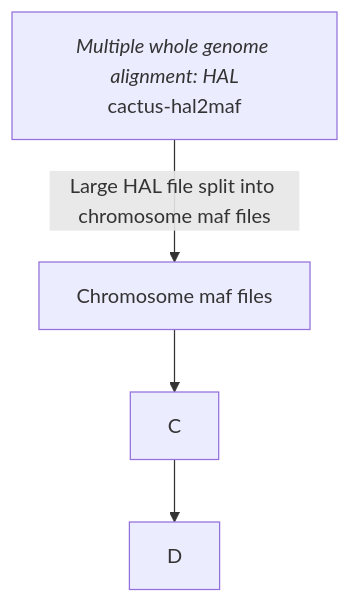
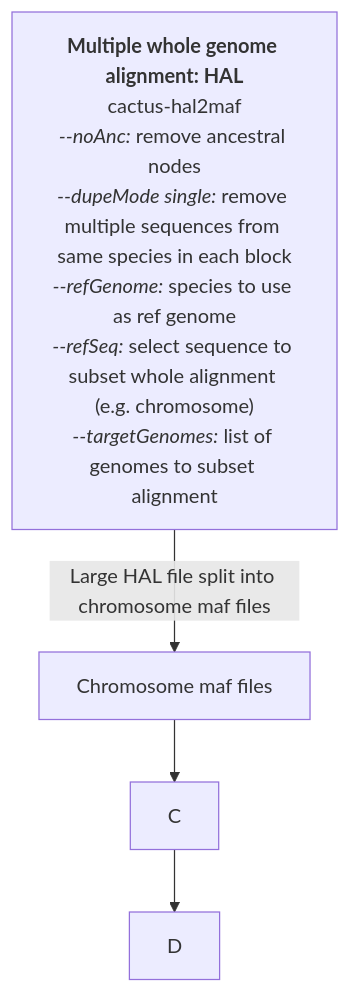
Before and after one commit to mileswhedbee/RERconverge_pipeline: the diagram in README.md, drawn with Mermaid.

````diff
--- a/README.md
+++ b/README.md
@@ -6,7 +6,12 @@
 ```mermaid
 graph TD;
-    A["`_Multiple whole genome alignment: HAL_
-       cactus-hal2maf`"]--Large HAL file split into chromosome maf files-->B[Chromosome maf files];
+    A["`**Multiple whole genome alignment: HAL**
+       cactus-hal2maf
+       _--noAnc:_ remove ancestral nodes
+       _--dupeMode single:_ remove multiple sequences from same species in each block
+       _--refGenome:_ species to use as ref genome
+       _--refSeq:_ select sequence to subset whole alignment (e.g. chromosome)
+       _--targetGenomes:_ list of genomes to subset alignment`"]--Large HAL file split into chromosome maf files-->B[Chromosome maf files];
     B-->C;
     C-->D;
 ```
````
